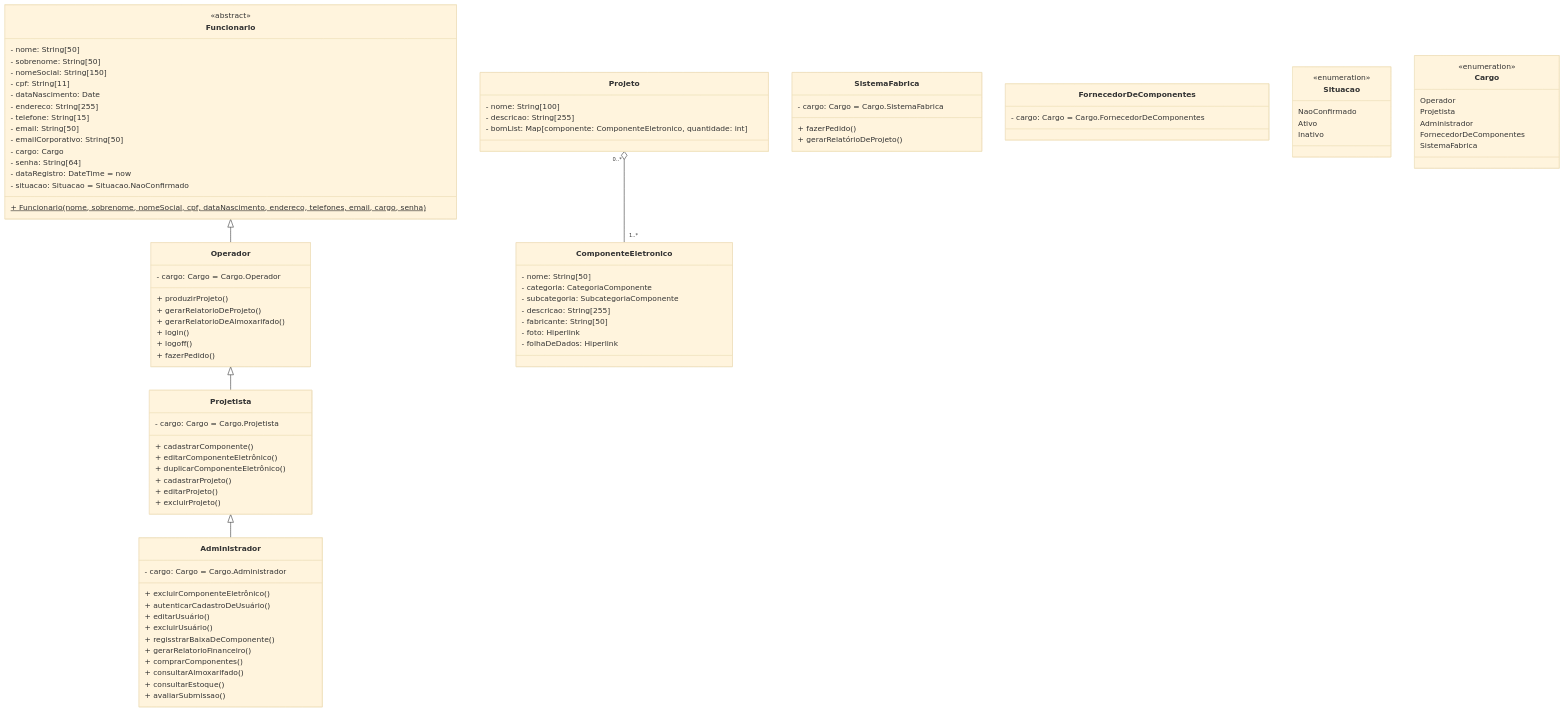
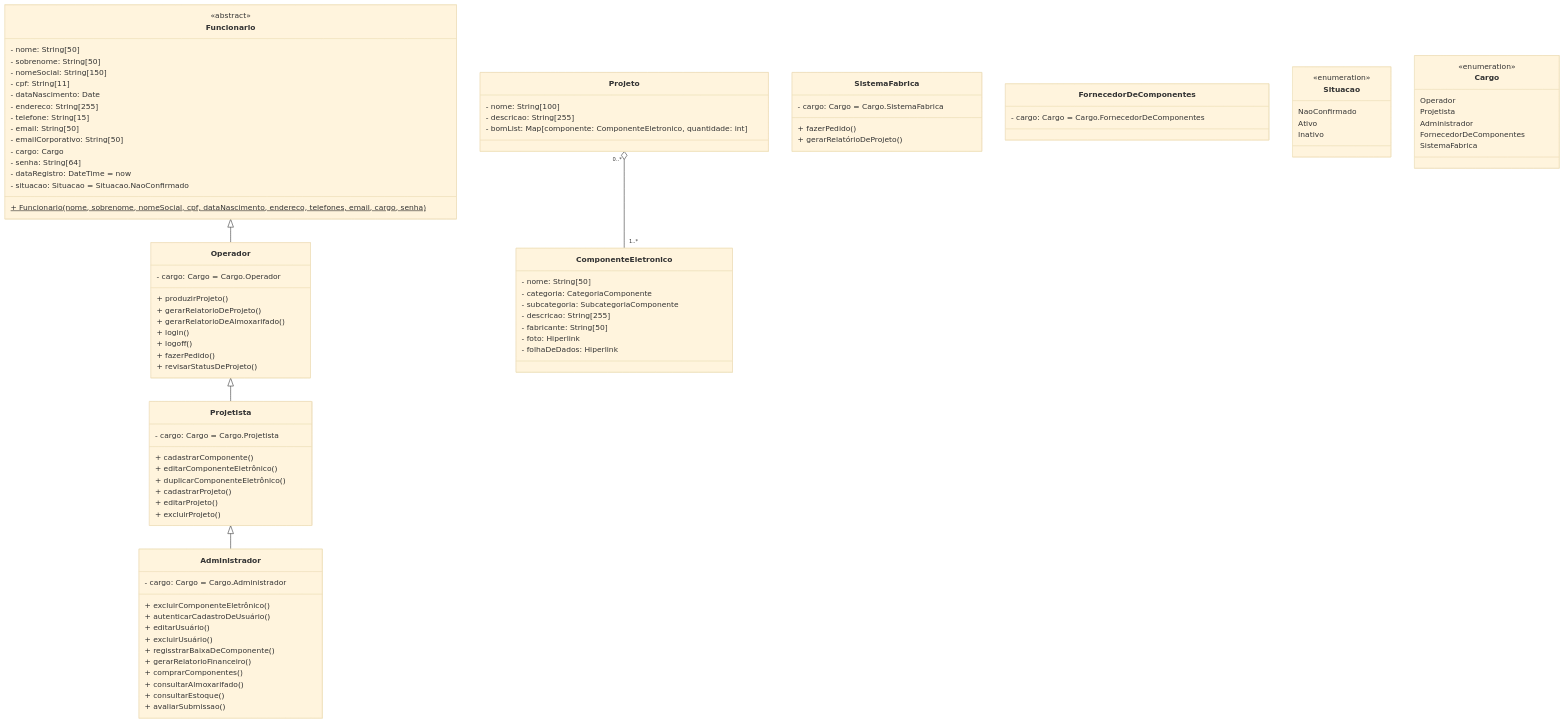
Before and after one commit to PabloBF/minha-fabrica: the diagram in diagrama-de-classes/README.md, drawn with Mermaid (base theme).

Commit message:
Atualização/correção da classe Operador
Revisar Status de projeto.

```diff
--- a/diagrama-de-classes/README.md
+++ b/diagrama-de-classes/README.md
@@ -31,6 +31,7 @@
     + login()
     + logoff()
     + fazerPedido()
+    + revisarStatusDeProjeto()
     }
     
     class Projetista {
```
